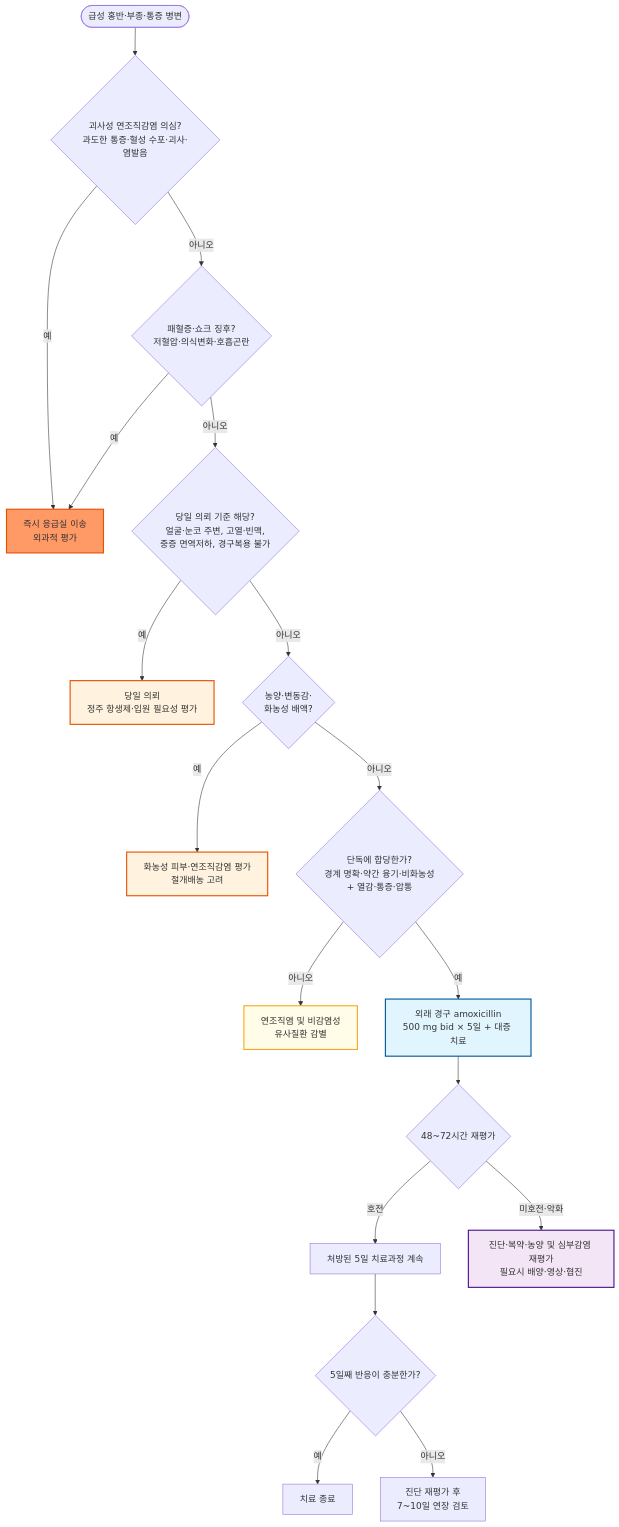
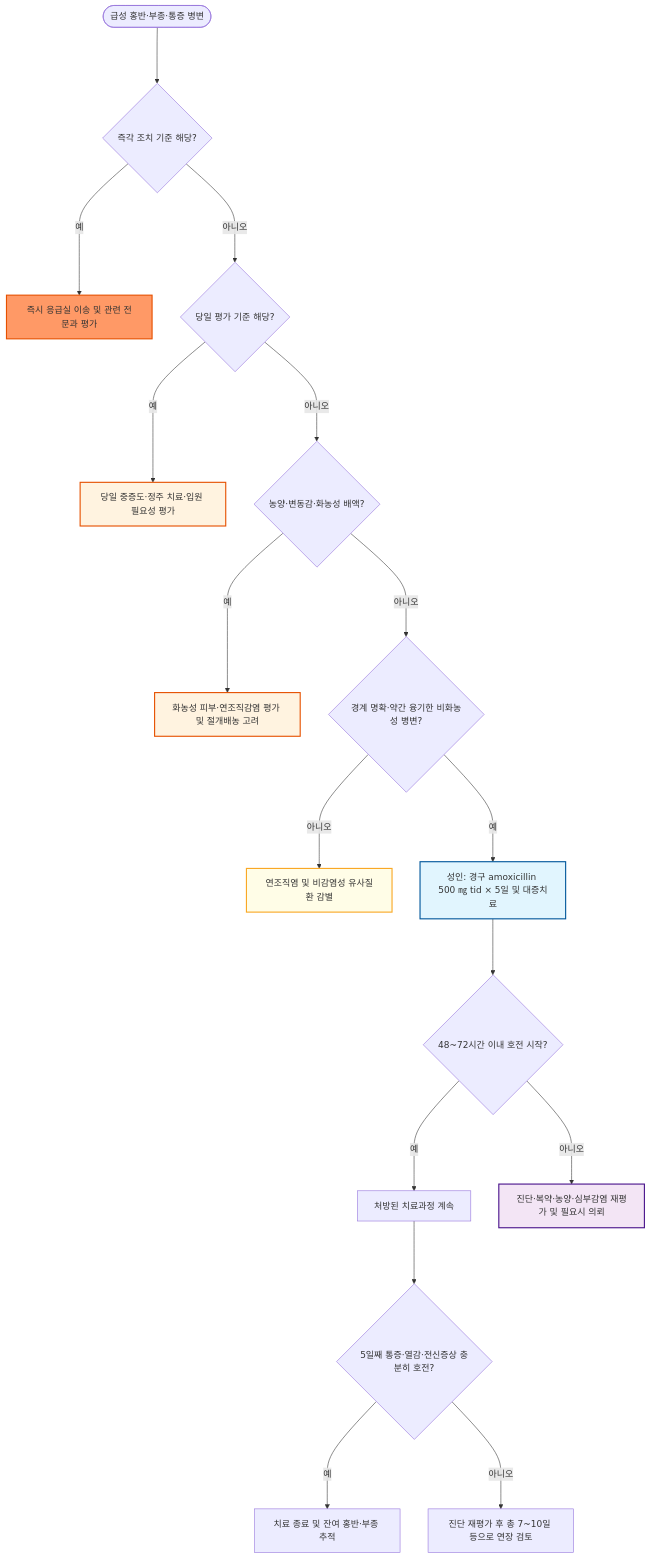
One commit to familyoh77/familyoh77 changed the diagram in 229_/168_-erysipelas.md. Above: the diagram before and after it, drawn with Mermaid. The commit also changed other lines of this file and 10 other files, not shown here.

````diff
--- a/229_/168_-erysipelas.md
+++ b/229_/168_-erysipelas.md
@@ -97,27 +101,25 @@
 ```mermaid
 graph TD
-    Start([급성 홍반·부종·통증 병변]) --> Q1{괴사성 연조직감염 의심?<br>과도한 통증·혈성 수포·괴사·염발음}
-    Q1 -- 예 --> ER[즉시 응급실 이송<br>외과적 평가]
-    Q1 -- 아니오 --> Q2{패혈증·쇼크 징후?<br>저혈압·의식변화·호흡곤란}
-    Q2 -- 예 --> ER
-    Q2 -- 아니오 --> Q3{당일 의뢰 기준 해당?<br>얼굴·눈코 주변, 고열·빈맥,<br>중증 면역저하, 경구복용 불가}
-    Q3 -- 예 --> Refer[당일 의뢰<br>정주 항생제·입원 필요성 평가]
-    Q3 -- 아니오 --> Q4{농양·변동감·<br>화농성 배액?}
-    Q4 -- 예 --> Purulent[화농성 피부·연조직감염 평가<br>절개배농 고려]
-    Q4 -- 아니오 --> QDx{단독에 합당한가?<br>경계 명확·약간 융기·비화농성<br>+ 열감·통증·압통}
-    QDx -- 아니오 --> Mimic[연조직염 및 비감염성<br>유사질환 감별]
-    QDx -- 예 --> Outpt[외래 경구 amoxicillin<br>500 mg bid × 5일 + 대증 치료]
-    Outpt --> Reassess{48~72시간 재평가}
-    Reassess -- 호전 --> Continue[처방된 5일 치료과정 계속]
-    Reassess -- 미호전·악화 --> Refer2[진단·복약·농양 및 심부감염 재평가<br>필요시 배양·영상·협진]
-    Continue --> Day5{5일째 반응이 충분한가?}
-    Day5 -- 예 --> Complete[치료 종료]
-    Day5 -- 아니오 --> Extend[진단 재평가 후<br>7~10일 연장 검토]
+    Start(["급성 홍반·부종·통증 병변"]) ---> Q1{"즉각 조치 기준 해당?"}
+    Q1 -- 예 ---> ER["즉시 응급실 이송 및 관련 전문과 평가"]
+    Q1 -- 아니오 ---> Q2{"당일 평가 기준 해당?"}
+    Q2 -- 예 ---> Refer["당일 중증도·정주 치료·입원 필요성 평가"]
+    Q2 -- 아니오 ---> Q3{"농양·변동감·화농성 배액?"}
+    Q3 -- 예 ---> Purulent["화농성 피부·연조직감염 평가 및 절개배농 고려"]
+    Q3 -- 아니오 ---> QDx{"경계 명확·약간 융기한 비화농성 병변?"}
+    QDx -- 아니오 ---> Mimic["연조직염 및 비감염성 유사질환 감별"]
+    QDx -- 예 ---> Outpt["성인: 경구 amoxicillin 500 ㎎ tid × 5일 및 대증치료"]
+    Outpt ---> Reassess{"48~72시간 이내 호전 시작?"}
+    Reassess -- 예 ---> Continue["처방된 치료과정 계속"]
+    Reassess -- 아니오 ---> Refer2["진단·복약·농양·심부감염 재평가 및 필요시 의뢰"]
+    Continue ---> Day5{"5일째 통증·열감·전신증상 충분히 호전?"}
+    Day5 -- 예 ---> Complete["치료 종료 및 잔여 홍반·부종 추적"]
+    Day5 -- 아니오 ---> Extend["진단 재평가 후 총 7~10일 등으로 연장 검토"]
 
     style ER fill:#f96,stroke:#e65100,stroke-width:2px
     style Refer fill:#fff3e0,stroke:#e65100,stroke-width:2px
     style Purulent fill:#fff3e0,stroke:#e65100,stroke-width:2px
     style Mimic fill:#fffde7,stroke:#f9a825,stroke-width:2px
     style Outpt fill:#e1f5fe,stroke:#01579b,stroke-width:2px
     style Refer2 fill:#f3e5f5,stroke:#4a148c,stroke-width:2px
 ```
````
